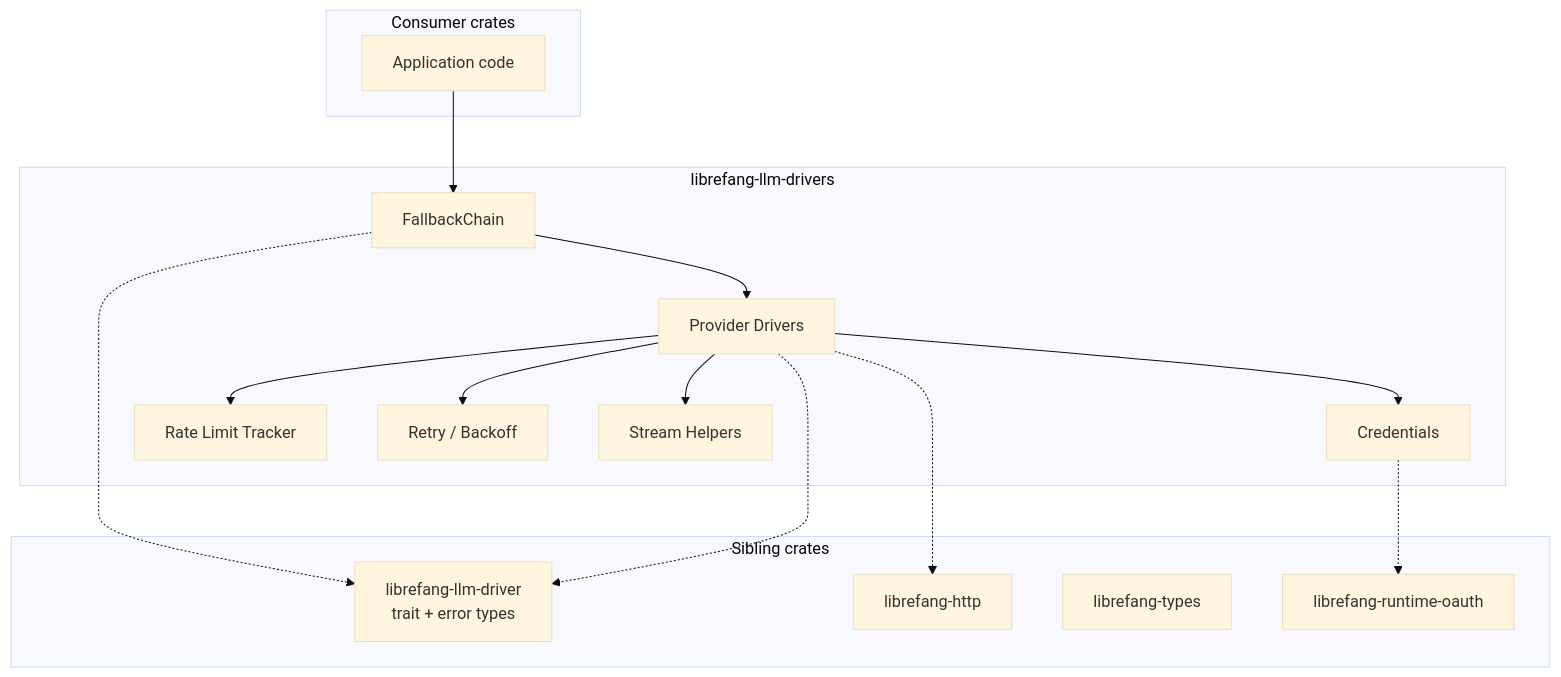
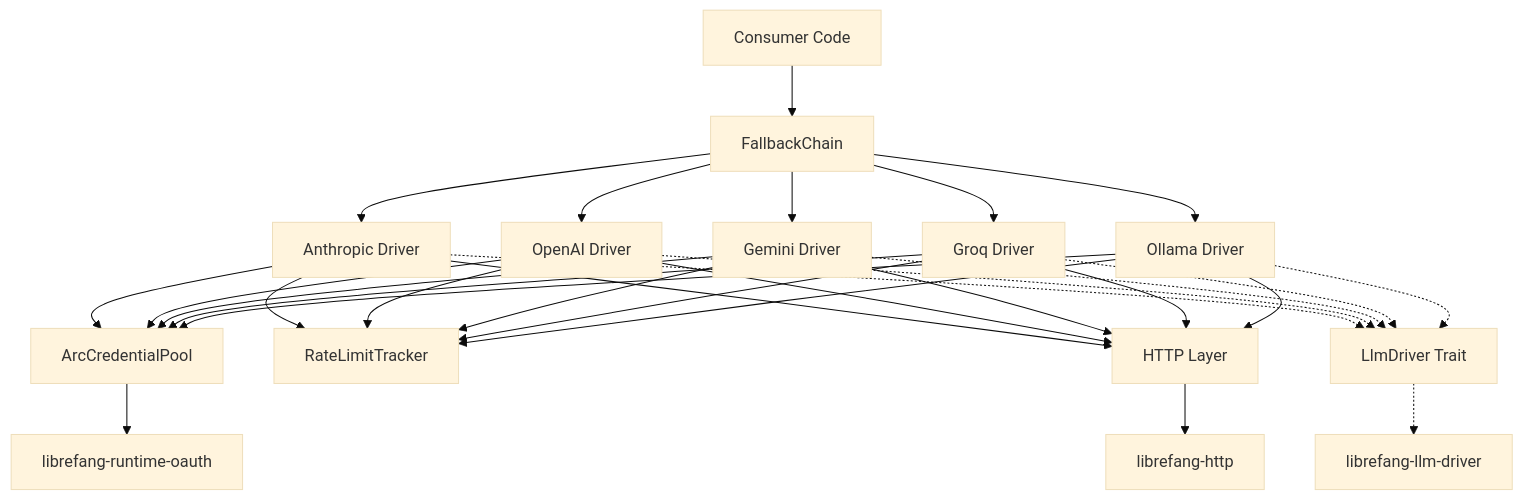
One commit to leszek3737/librefang-WIki changed the diagram in other-librefang-llm-drivers.md. Above: the diagram before and after it, drawn with Mermaid (base theme). The commit also changed other lines of this file and 70 other files, not shown here.

````diff
--- a/other-librefang-llm-drivers.md
+++ b/other-librefang-llm-drivers.md
@@ -9,33 +9,16 @@
 ```mermaid
 graph TD
-    subgraph "Consumer crates"
-        A[Application code]
-    end
-
-    subgraph "librefang-llm-drivers"
-        B[FallbackChain]
-        C[Credentials]
-        D[Rate Limit Tracker]
-        E[Provider Drivers]
-        F[Retry / Backoff]
-        G[Stream Helpers]
-    end
-
-    subgraph "Sibling crates"
-        H[librefang-llm-driver<br/>trait + error types]
-        I[librefang-http]
-        J[librefang-types]
-        K[librefang-runtime-oauth]
-    end
-
-    A --> B
-    B --> E
-    E --> C
-    E --> D
-    E --> F
-    E --> G
-    E -.-> H
-    E -.-> I
-    C -.-> K
-    B -.-> H
+    A[Consumer Code] --> B[FallbackChain]
+    B --> C1[Anthropic Driver]
+    B --> C2[OpenAI Driver]
+    B --> C3[Gemini Driver]
+    B --> C4[Groq Driver]
+    B --> C5[Ollama Driver]
+    C1 & C2 & C3 & C4 & C5 --> D[ArcCredentialPool]
+    C1 & C2 & C3 & C4 & C5 --> E[RateLimitTracker]
+    C1 & C2 & C3 & C4 & C5 --> F[HTTP Layer]
+    F --> G[librefang-http]
+    D --> H[librefang-runtime-oauth]
+    C1 & C2 & C3 & C4 & C5 -.-> I[LlmDriver Trait]
+    I -.-> J[librefang-llm-driver]
 ```
````
